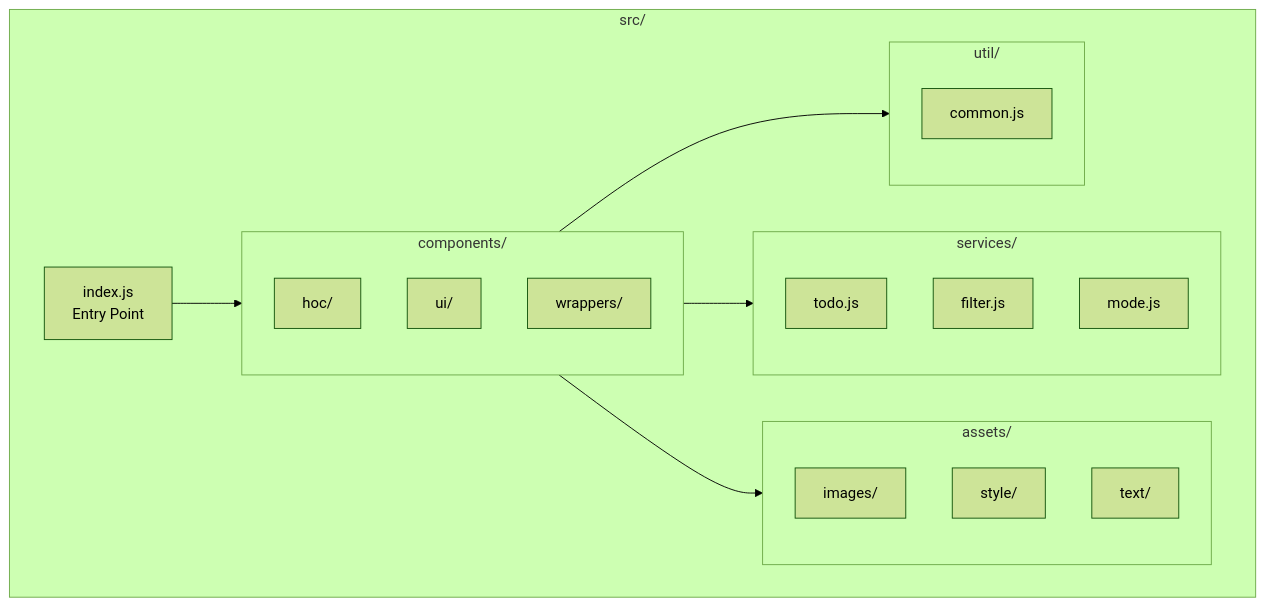
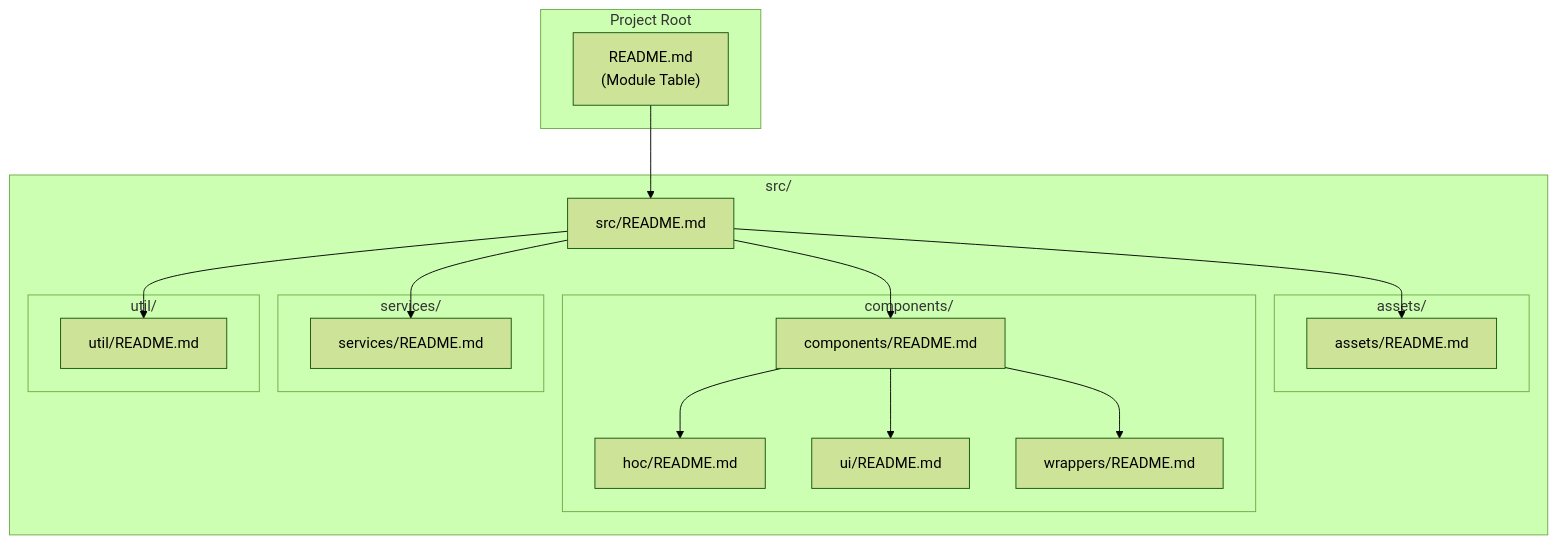
One commit to hardik-blitzy/react-todo-app changed the first of 3 diagrams in blitzy/documentation/Technical Specifications.md. Above: the diagram before and after it, drawn with Mermaid (forest theme). The commit also changed other lines of this file, not shown here.

````diff
--- a/blitzy/documentation/Technical Specifications.md
+++ b/blitzy/documentation/Technical Specifications.md
@@ -362,33 +148,38 @@
 ```mermaid
 flowchart TB
+    subgraph root["Project Root"]
+        MAIN["README.md<br/>(Module Table)"]
+    end
+    
     subgraph src["src/"]
-        INDEX["index.js<br/>Entry Point"]
+        SRC_README["src/README.md"]
         
         subgraph assets["assets/"]
-            IMAGES["images/"]
-            STYLE["style/"]
-            TEXT["text/"]
+            ASSETS_README["assets/README.md"]
         end
         
         subgraph components["components/"]
-            HOC["hoc/"]
-            UI["ui/"]
-            WRAPPERS["wrappers/"]
+            COMP_README["components/README.md"]
+            HOC_README["hoc/README.md"]
+            UI_README["ui/README.md"]
+            WRAP_README["wrappers/README.md"]
         end
         
         subgraph services["services/"]
-            TODO["todo.js"]
-            FILTER["filter.js"]
-            MODE["mode.js"]
+            SVC_README["services/README.md"]
         end
         
         subgraph util["util/"]
-            COMMON["common.js"]
+            UTIL_README["util/README.md"]
         end
     end
     
-    INDEX --> components
-    components --> services
-    components --> util
-    components --> assets
+    MAIN --> SRC_README
+    SRC_README --> ASSETS_README
+    SRC_README --> COMP_README
+    COMP_README --> HOC_README
+    COMP_README --> UI_README
+    COMP_README --> WRAP_README
+    SRC_README --> SVC_README
+    SRC_README --> UTIL_README
 ```
````
